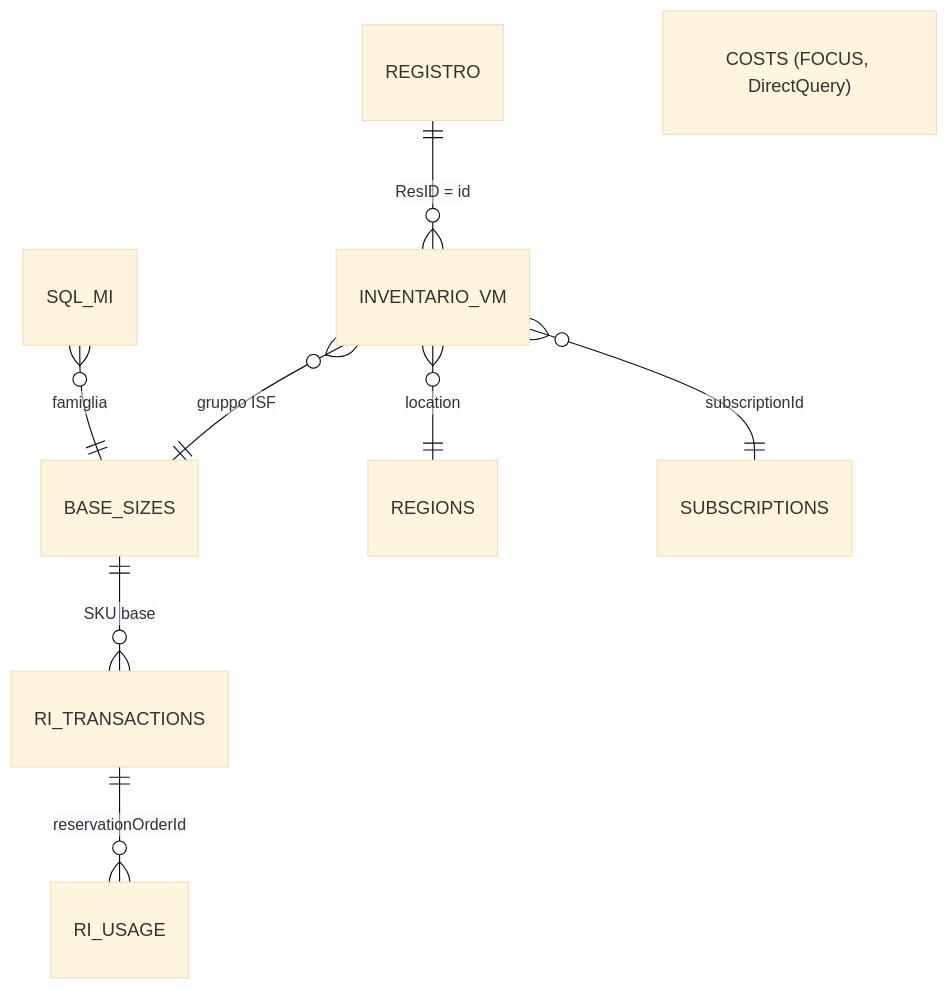
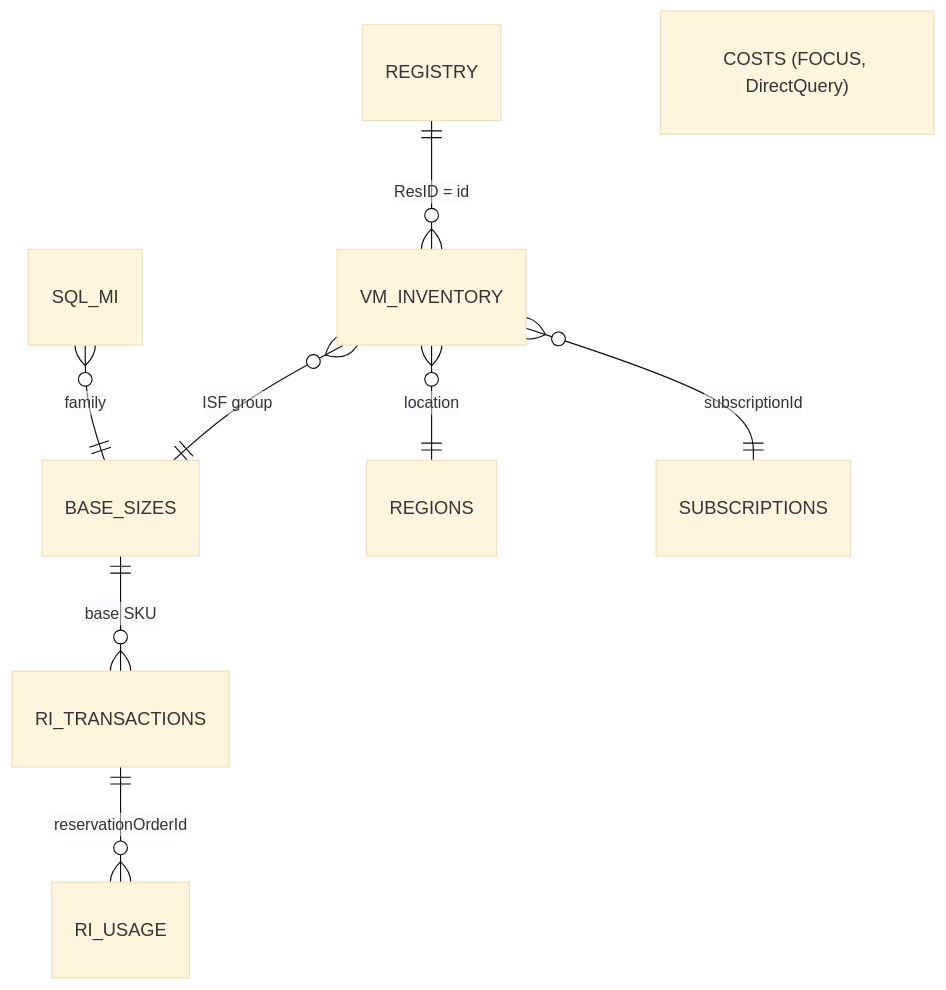
Before and after one commit to HARD-bit/azure-data-platform-case-study: the third of 6 diagrams in README.md, drawn with Mermaid (base theme). The commit also changed other lines of this file and 12 other files, not shown here.

````diff
--- a/README.md
+++ b/README.md
@@ -149,11 +149,11 @@
 ```mermaid
 erDiagram
-    REGISTRO ||--o{ INVENTARIO_VM : "ResID = id"
-    INVENTARIO_VM }o--|| BASE_SIZES : "gruppo ISF"
-    BASE_SIZES ||--o{ RI_TRANSACTIONS : "SKU base"
+    REGISTRY ||--o{ VM_INVENTORY : "ResID = id"
+    VM_INVENTORY }o--|| BASE_SIZES : "ISF group"
+    BASE_SIZES ||--o{ RI_TRANSACTIONS : "base SKU"
     RI_TRANSACTIONS ||--o{ RI_USAGE : "reservationOrderId"
-    INVENTARIO_VM }o--|| REGIONS : "location"
-    INVENTARIO_VM }o--|| SUBSCRIPTIONS : "subscriptionId"
-    SQL_MI }o--|| BASE_SIZES : "famiglia"
+    VM_INVENTORY }o--|| REGIONS : "location"
+    VM_INVENTORY }o--|| SUBSCRIPTIONS : "subscriptionId"
+    SQL_MI }o--|| BASE_SIZES : "family"
     COSTS["COSTS (FOCUS, DirectQuery)"]
 ```
````
